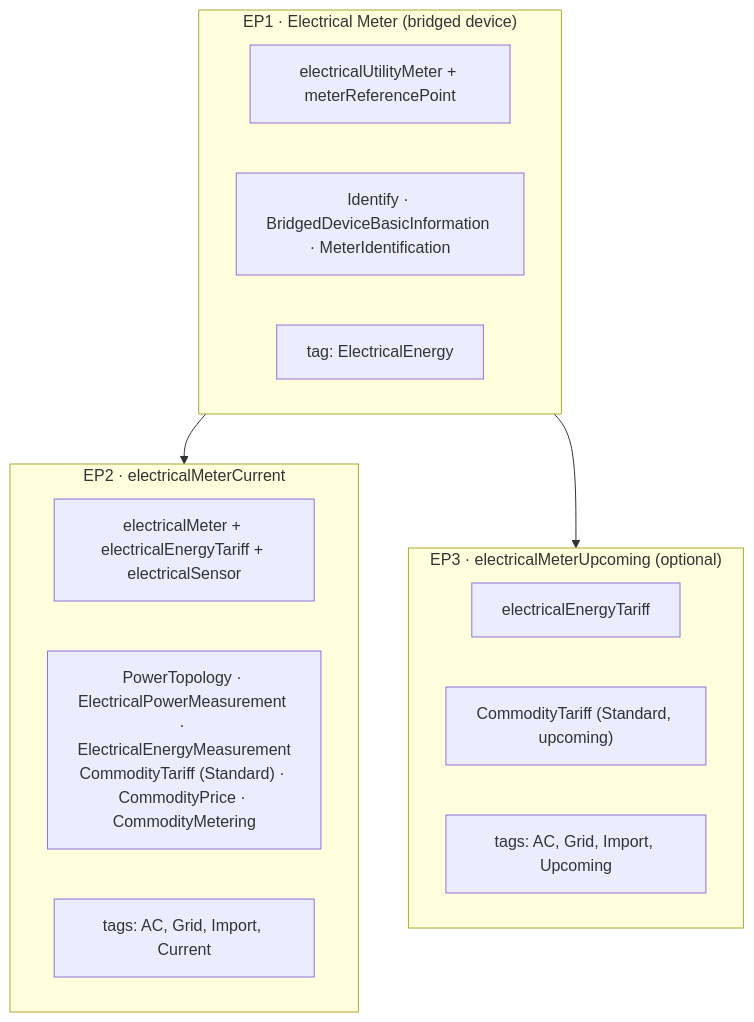
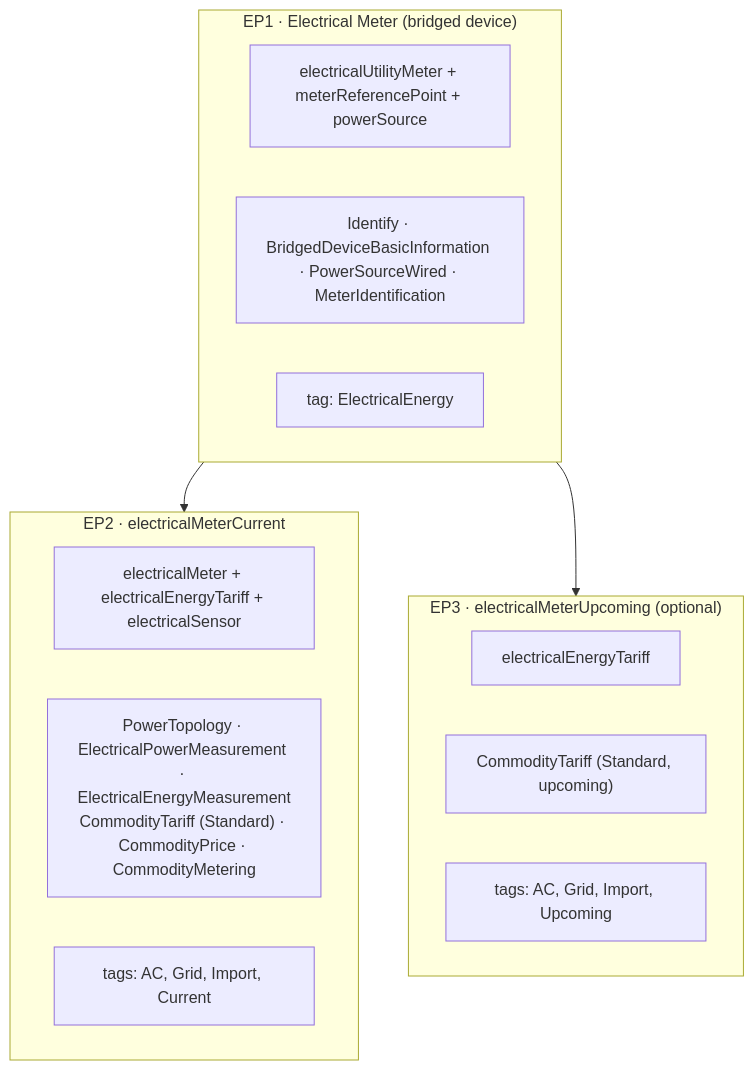
The diagram in README.md (lboue/matterbridge-example-electrical-meter), drawn with Mermaid before and after one commit. The commit also changed other lines of this file and 4 other files, not shown here.

Commit message:
feat: update EP1 to use ElectricalUtilityMeter and refactor tariff server implementations

````diff
--- a/README.md
+++ b/README.md
@@ -17,23 +17,23 @@
 ```mermaid
 flowchart TD
     subgraph EP1["EP1 · Electrical Meter (bridged device)"]
-        EP1types["electricalUtilityMeter + meterReferencePoint"]
-        EP1clusters["Identify · BridgedDeviceBasicInformation · MeterIdentification"]
+        EP1types["electricalUtilityMeter + meterReferencePoint + powerSource"]
+        EP1clusters["Identify · BridgedDeviceBasicInformation · PowerSourceWired · MeterIdentification"]
         EP1tag["tag: ElectricalEnergy"]
     end
 
     subgraph EP2["EP2 · electricalMeterCurrent"]
         EP2types["electricalMeter + electricalEnergyTariff + electricalSensor"]
         EP2clusters["PowerTopology · ElectricalPowerMeasurement · ElectricalEnergyMeasurement<br/>CommodityTariff (Standard) · CommodityPrice · CommodityMetering"]
         EP2tag["tags: AC, Grid, Import, Current"]
     end
 
     subgraph EP3["EP3 · electricalMeterUpcoming (optional)"]
         EP3types["electricalEnergyTariff"]
         EP3clusters["CommodityTariff (Standard, upcoming)"]
         EP3tag["tags: AC, Grid, Import, Upcoming"]
     end
 
     EP1 --> EP2
     EP1 --> EP3
 ```
````
